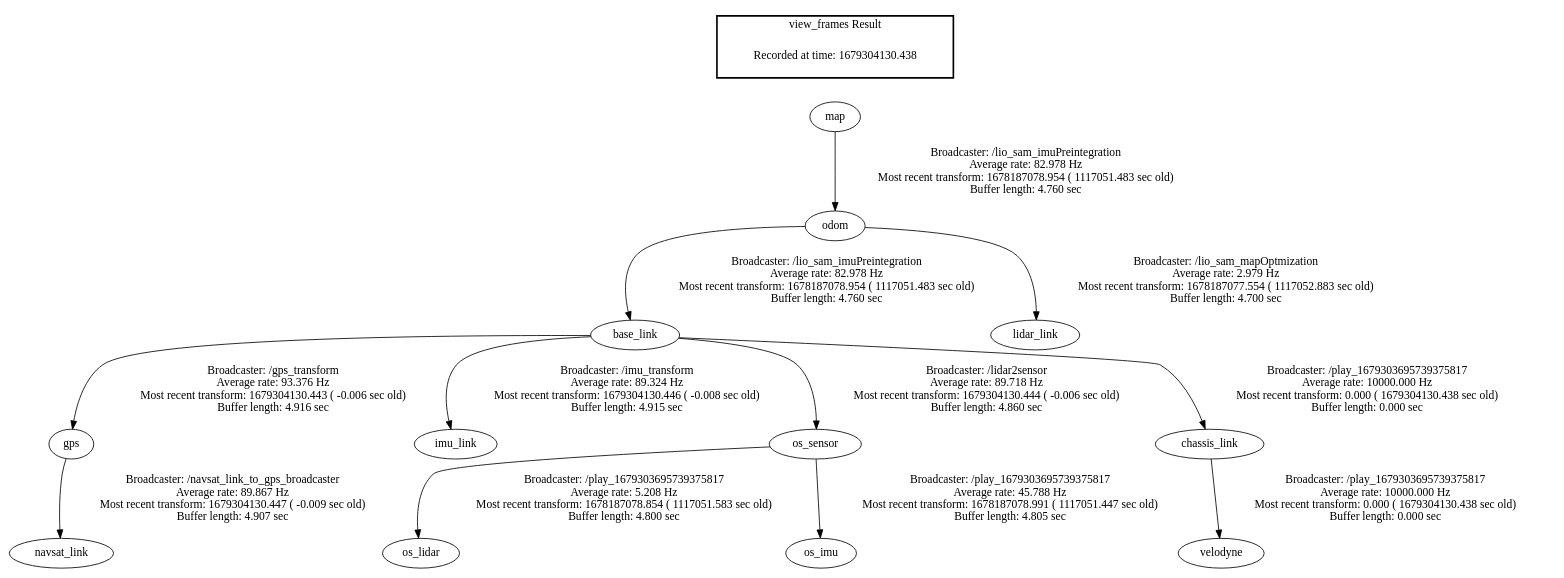
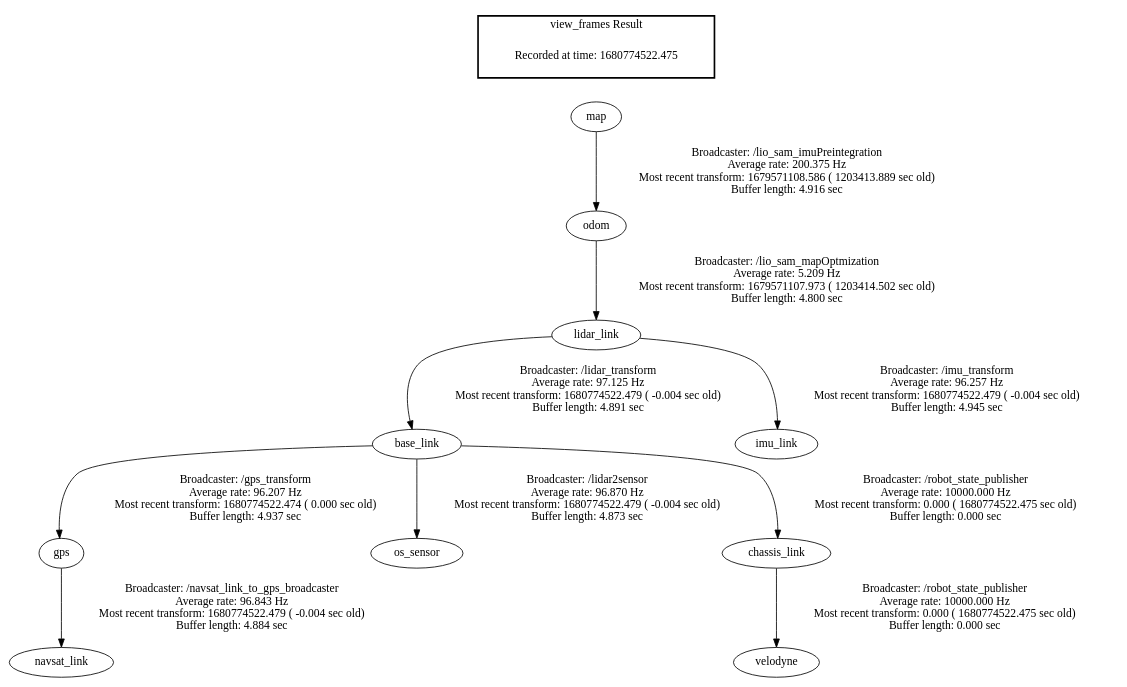
One commit to baenji456/bachelor_slam_ben changed the diagram in frames.gv. Above: the diagram before and after it, drawn with Graphviz. The commit also changed 8 other files, not shown here.

```diff
--- a/frames.gv
+++ b/frames.gv
@@ -1,17 +1,15 @@
 digraph G {
-"gps" -> "navsat_link"[label="Broadcaster: /navsat_link_to_gps_broadcaster\nAverage rate: 89.867 Hz\nMost recent transform: 1679304130.447 ( -0.009 sec old)\nBuffer length: 4.907 sec\n"];
-"base_link" -> "gps"[label="Broadcaster: /gps_transform\nAverage rate: 93.376 Hz\nMost recent transform: 1679304130.443 ( -0.006 sec old)\nBuffer length: 4.916 sec\n"];
-"odom" -> "base_link"[label="Broadcaster: /lio_sam_imuPreintegration\nAverage rate: 82.978 Hz\nMost recent transform: 1678187078.954 ( 1117051.483 sec old)\nBuffer length: 4.760 sec\n"];
-"base_link" -> "imu_link"[label="Broadcaster: /imu_transform\nAverage rate: 89.324 Hz\nMost recent transform: 1679304130.446 ( -0.008 sec old)\nBuffer length: 4.915 sec\n"];
-"base_link" -> "os_sensor"[label="Broadcaster: /lidar2sensor\nAverage rate: 89.718 Hz\nMost recent transform: 1679304130.444 ( -0.006 sec old)\nBuffer length: 4.860 sec\n"];
-"base_link" -> "chassis_link"[label="Broadcaster: /play_1679303695739375817\nAverage rate: 10000.000 Hz\nMost recent transform: 0.000 ( 1679304130.438 sec old)\nBuffer length: 0.000 sec\n"];
-"chassis_link" -> "velodyne"[label="Broadcaster: /play_1679303695739375817\nAverage rate: 10000.000 Hz\nMost recent transform: 0.000 ( 1679304130.438 sec old)\nBuffer length: 0.000 sec\n"];
-"os_sensor" -> "os_lidar"[label="Broadcaster: /play_1679303695739375817\nAverage rate: 5.208 Hz\nMost recent transform: 1678187078.854 ( 1117051.583 sec old)\nBuffer length: 4.800 sec\n"];
-"os_sensor" -> "os_imu"[label="Broadcaster: /play_1679303695739375817\nAverage rate: 45.788 Hz\nMost recent transform: 1678187078.991 ( 1117051.447 sec old)\nBuffer length: 4.805 sec\n"];
-"map" -> "odom"[label="Broadcaster: /lio_sam_imuPreintegration\nAverage rate: 82.978 Hz\nMost recent transform: 1678187078.954 ( 1117051.483 sec old)\nBuffer length: 4.760 sec\n"];
-"odom" -> "lidar_link"[label="Broadcaster: /lio_sam_mapOptmization\nAverage rate: 2.979 Hz\nMost recent transform: 1678187077.554 ( 1117052.883 sec old)\nBuffer length: 4.700 sec\n"];
+"base_link" -> "gps"[label="Broadcaster: /gps_transform\nAverage rate: 96.207 Hz\nMost recent transform: 1680774522.474 ( 0.000 sec old)\nBuffer length: 4.937 sec\n"];
+"lidar_link" -> "base_link"[label="Broadcaster: /lidar_transform\nAverage rate: 97.125 Hz\nMost recent transform: 1680774522.479 ( -0.004 sec old)\nBuffer length: 4.891 sec\n"];
+"odom" -> "lidar_link"[label="Broadcaster: /lio_sam_mapOptmization\nAverage rate: 5.209 Hz\nMost recent transform: 1679571107.973 ( 1203414.502 sec old)\nBuffer length: 4.800 sec\n"];
+"lidar_link" -> "imu_link"[label="Broadcaster: /imu_transform\nAverage rate: 96.257 Hz\nMost recent transform: 1680774522.479 ( -0.004 sec old)\nBuffer length: 4.945 sec\n"];
+"gps" -> "navsat_link"[label="Broadcaster: /navsat_link_to_gps_broadcaster\nAverage rate: 96.843 Hz\nMost recent transform: 1680774522.479 ( -0.004 sec old)\nBuffer length: 4.884 sec\n"];
+"base_link" -> "os_sensor"[label="Broadcaster: /lidar2sensor\nAverage rate: 96.870 Hz\nMost recent transform: 1680774522.479 ( -0.004 sec old)\nBuffer length: 4.873 sec\n"];
+"base_link" -> "chassis_link"[label="Broadcaster: /robot_state_publisher\nAverage rate: 10000.000 Hz\nMost recent transform: 0.000 ( 1680774522.475 sec old)\nBuffer length: 0.000 sec\n"];
+"chassis_link" -> "velodyne"[label="Broadcaster: /robot_state_publisher\nAverage rate: 10000.000 Hz\nMost recent transform: 0.000 ( 1680774522.475 sec old)\nBuffer length: 0.000 sec\n"];
+"map" -> "odom"[label="Broadcaster: /lio_sam_imuPreintegration\nAverage rate: 200.375 Hz\nMost recent transform: 1679571108.586 ( 1203413.889 sec old)\nBuffer length: 4.916 sec\n"];
 edge [style=invis];
  subgraph cluster_legend { style=bold; color=black; label ="view_frames Result";
-"Recorded at time: 1679304130.438"[ shape=plaintext ] ;
+"Recorded at time: 1680774522.475"[ shape=plaintext ] ;
  }->"map";
 }
```
